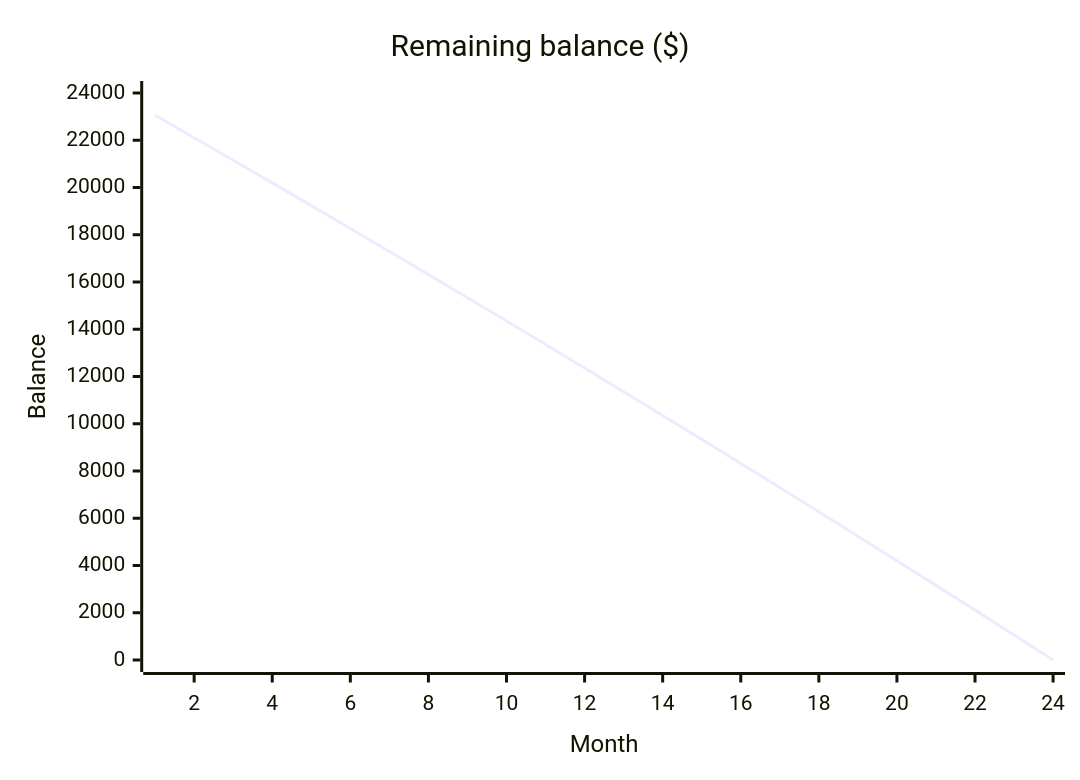
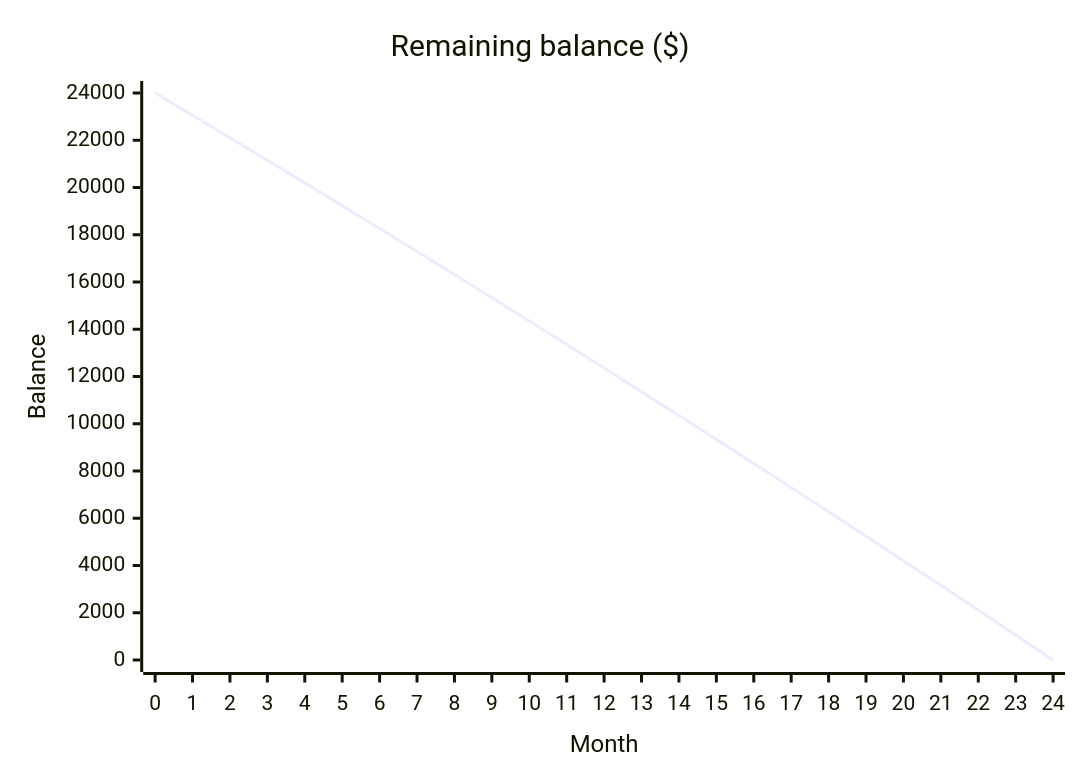
The diagram in eval/figure/generated/haiku/a-amortization.md (vrevolverrr/vicher), drawn with Mermaid before and after one commit. The commit also changed other lines of this file and 145 other files, not shown here.

First line of the commit message:
fix(figure): renderer defects found in the figure rating (#14)

````diff
--- a/eval/figure/generated/haiku/a-amortization.md
+++ b/eval/figure/generated/haiku/a-amortization.md
@@ -32,7 +38,7 @@
 ```mermaid
 xychart-beta
     title "Remaining balance ($)"
-    x-axis "Month" 1 --> 24
+    x-axis "Month" [0, 1, 2, 3, 4, 5, 6, 7, 8, 9, 10, 11, 12, 13, 14, 15, 16, 17, 18, 19, 20, 21, 22, 23, 24]
     y-axis "Balance" 0 --> 24000
-    line [23056, 22108, 21155, 20197, 19234, 18267, 17294, 16317, 15335, 14348, 13356, 12359, 11357, 10350, 9338, 8321, 7299, 6272, 5240, 4202, 3159, 2111, 1058, 0]
+    line [24000, 23056.30, 22107.88, 21154.72, 20196.79, 19234.07, 18266.54, 17294.17, 16316.94, 15334.82, 14347.79, 13355.83, 12358.91, 11357.00, 10350.09, 9338.14, 8321.13, 7299.04, 6271.84, 5239.50, 4202.00, 3159.31, 2111.41, 1058.27, 0]
 ```
````
